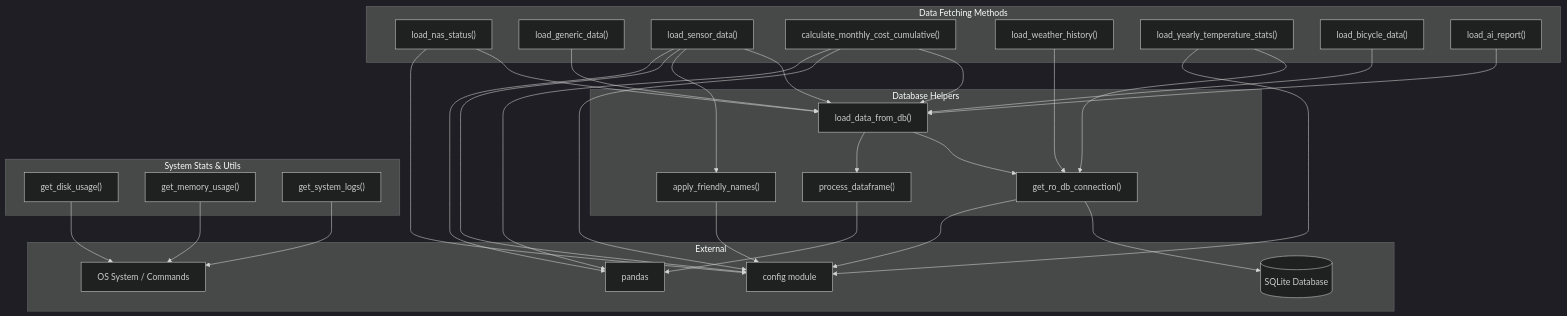
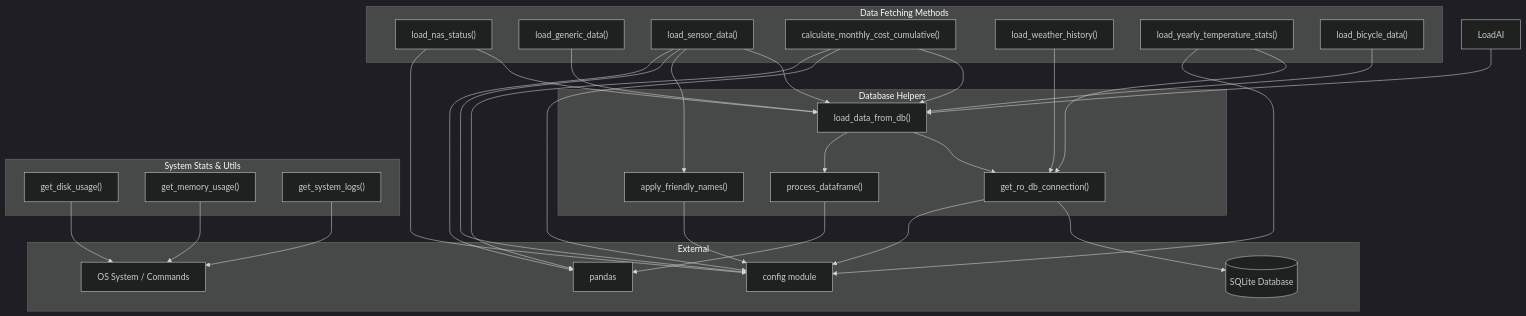
Before and after one commit to mmtigers/my_python_project: the second of 2 diagrams in docs/specifications/MY_HOME_SYSTEM/analysis_service.md, drawn with Mermaid (dark theme). The commit also changed other lines of this file and 10 other files, not shown here.

````diff
--- a/docs/specifications/MY_HOME_SYSTEM/analysis_service.md
+++ b/docs/specifications/MY_HOME_SYSTEM/analysis_service.md
@@ -450,62 +434,61 @@
 ```mermaid
 graph TD
     subgraph External
         SQLite[(SQLite Database)]
         OS[OS System / Commands]
         Config[config module]
         Pandas[pandas]
     end
 
     subgraph Database Helpers
         GetConn["get_ro_db_connection()"]
         ProcessDF["process_dataframe()"]
         ApplyNames["apply_friendly_names()"]
         LoadDB["load_data_from_db()"]
     end
 
     subgraph Data Fetching Methods
         LoadNAS["load_nas_status()"]
         LoadGen["load_generic_data()"]
         LoadSen["load_sensor_data()"]
         CalcCost["calculate_monthly_cost_cumulative()"]
         LoadWea["load_weather_history()"]
         LoadYearly["load_yearly_temperature_stats()"]
         LoadBike["load_bicycle_data()"]
-        LoadAI["load_ai_report()"]
     end
 
     subgraph System Stats & Utils
         GetDisk["get_disk_usage()"]
         GetMem["get_memory_usage()"]
         GetLogs["get_system_logs()"]
     end
 
     %% Dependencies
     GetConn --> SQLite
     GetConn --> Config
     ApplyNames --> Config
     ProcessDF --> Pandas
     LoadDB --> GetConn
     LoadDB --> ProcessDF
 
     LoadNAS --> LoadDB
     LoadNAS --> Config
     LoadGen --> LoadDB
     LoadSen --> LoadDB
     LoadSen --> ApplyNames
     LoadSen --> Config
     LoadSen --> Pandas
     CalcCost --> LoadDB
     CalcCost --> Config
     CalcCost --> Pandas
     LoadWea --> GetConn
     LoadYearly --> GetConn
     LoadYearly --> Config
     LoadBike --> LoadDB
     LoadAI --> LoadDB
 
     GetDisk --> OS
     GetMem --> OS
     GetLogs --> OS
 
 ```
````
